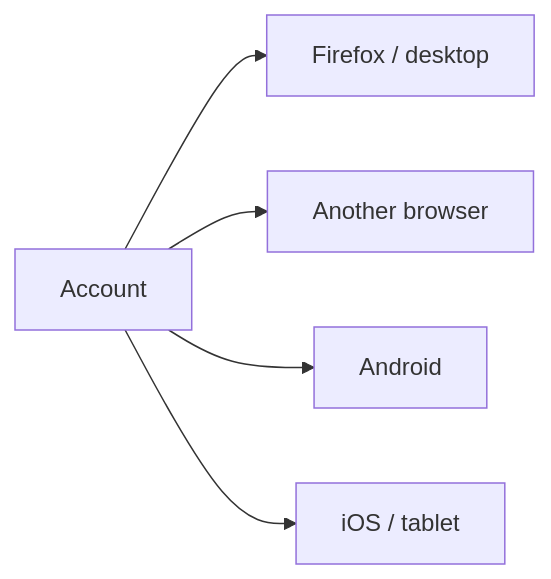
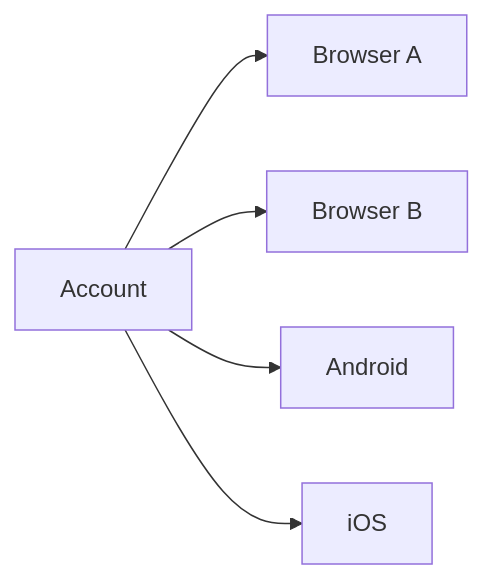
The fifth of 12 diagrams in docs/architecture/access-auth-architecture.md (MattiaRubino/dante), drawn with Mermaid before and after one commit. The commit also changed other lines of this file, not shown here.

Commit message:
docs(auth): close M2 architecture contract

````diff
--- a/docs/architecture/access-auth-architecture.md
+++ b/docs/architecture/access-auth-architecture.md
@@ -250,7 +252,7 @@
 ```mermaid
 flowchart LR
-    A[Account] --> W1[Firefox / desktop]
-    A --> W2[Another browser]
+    A[Account] --> W1[Browser A]
+    A --> W2[Browser B]
     A --> M1[Android]
-    A --> M2[iOS / tablet]
+    A --> M2[iOS]
 ```
````
